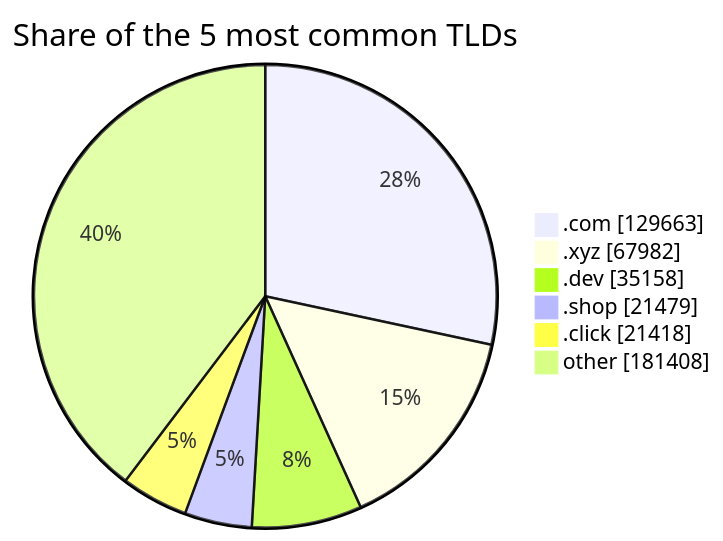
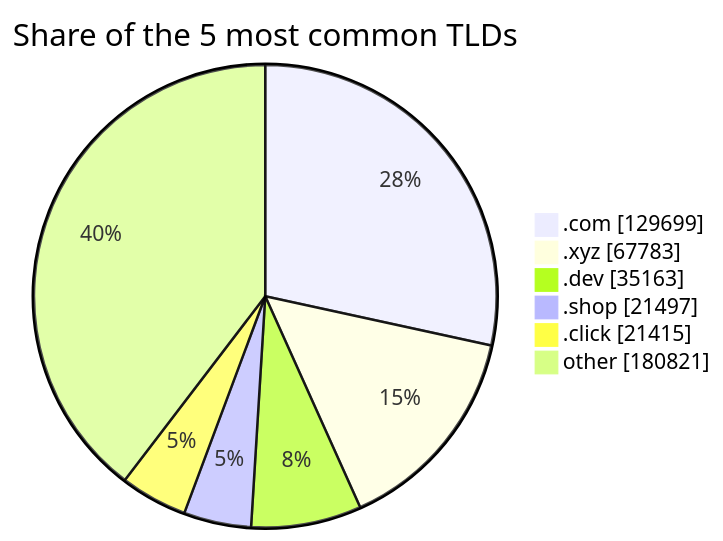
Before and after one commit to DNSBunker/CTI: the third of 3 diagrams in README.md, drawn with Mermaid. The commit also changed other lines of this file and 3 other files, not shown here.

````diff
--- a/README.md
+++ b/README.md
@@ -81,9 +81,9 @@
 ```mermaid
 pie showData title Share of the 5 most common TLDs
-    ".com" : 129663
-    ".xyz" : 67982
-    ".dev" : 35158
-    ".shop" : 21479
-    ".click" : 21418
-    "other" : 181408
+    ".com" : 129699
+    ".xyz" : 67783
+    ".dev" : 35163
+    ".shop" : 21497
+    ".click" : 21415
+    "other" : 180821
 ```
````
